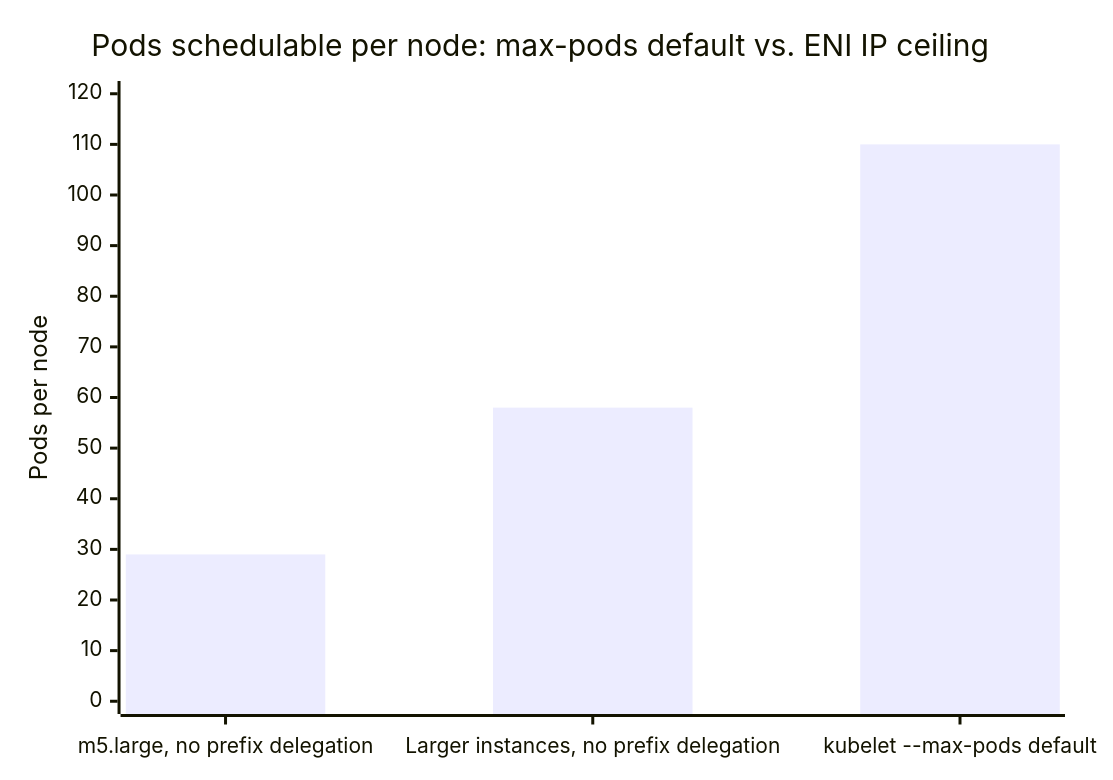
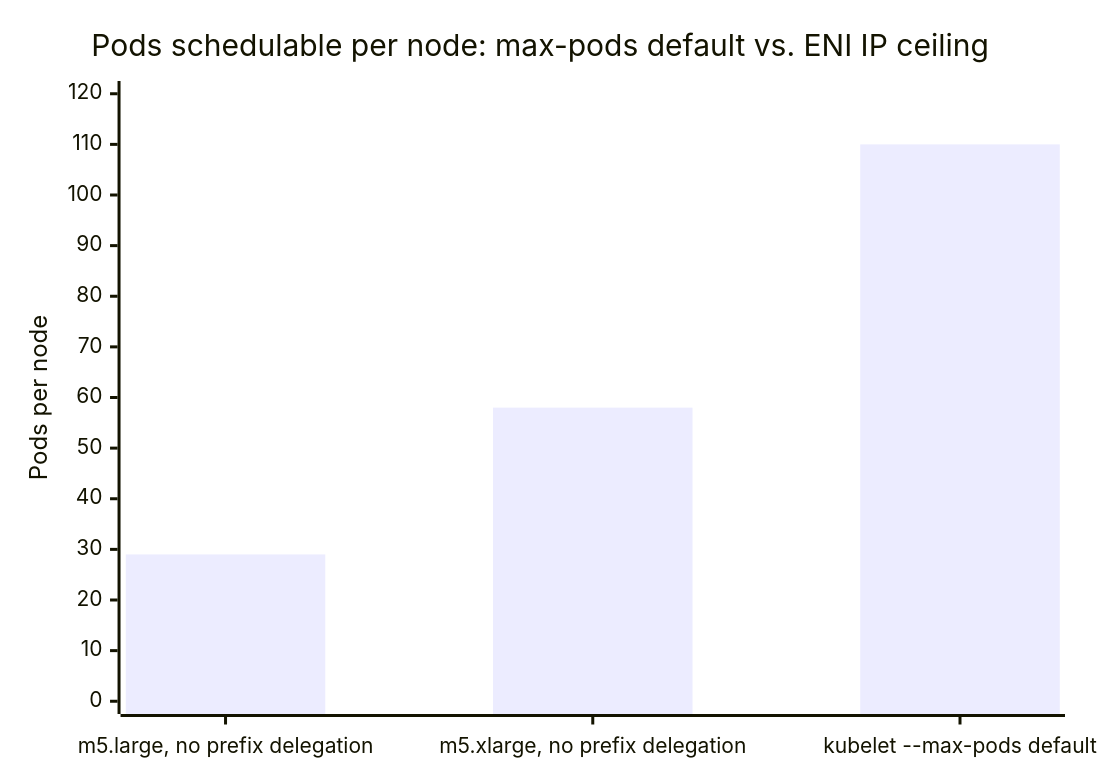
The fifth of 5 diagrams in src/main/java/com/rutik/systemdesign/devops/case_studies/cross_cutting/kubernetes_production_hardening.md (rppol/system-design), drawn with Mermaid before and after one commit. The commit also changed other lines of this file and 7 other files, not shown here.

````diff
--- a/src/main/java/com/rutik/systemdesign/devops/case_studies/cross_cutting/kubernetes_production_hardening.md
+++ b/src/main/java/com/rutik/systemdesign/devops/case_studies/cross_cutting/kubernetes_production_hardening.md
@@ -193,7 +193,7 @@
 ```mermaid
 xychart-beta
     title "Pods schedulable per node: max-pods default vs. ENI IP ceiling"
-    x-axis ["m5.large, no prefix delegation", "Larger instances, no prefix delegation", "kubelet --max-pods default"]
+    x-axis ["m5.large, no prefix delegation", "m5.xlarge, no prefix delegation", "kubelet --max-pods default"]
     y-axis "Pods per node" 0 --> 120
     bar [29, 58, 110]
 ```
````
